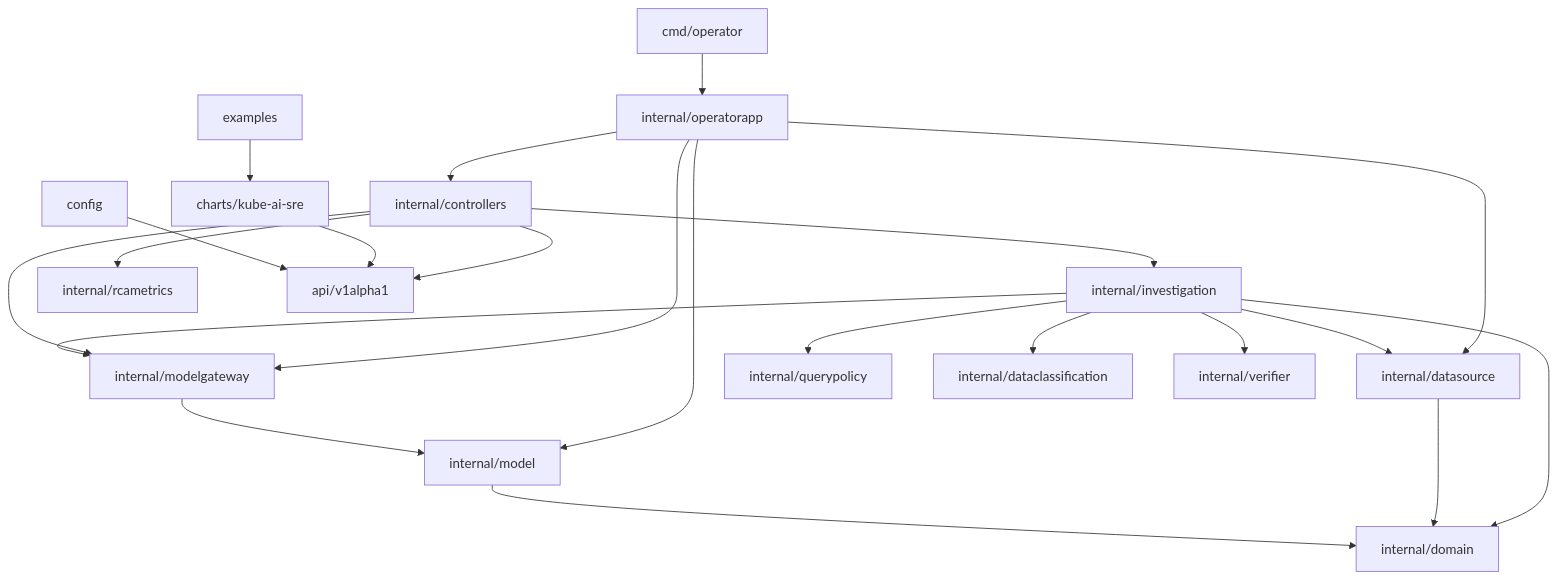
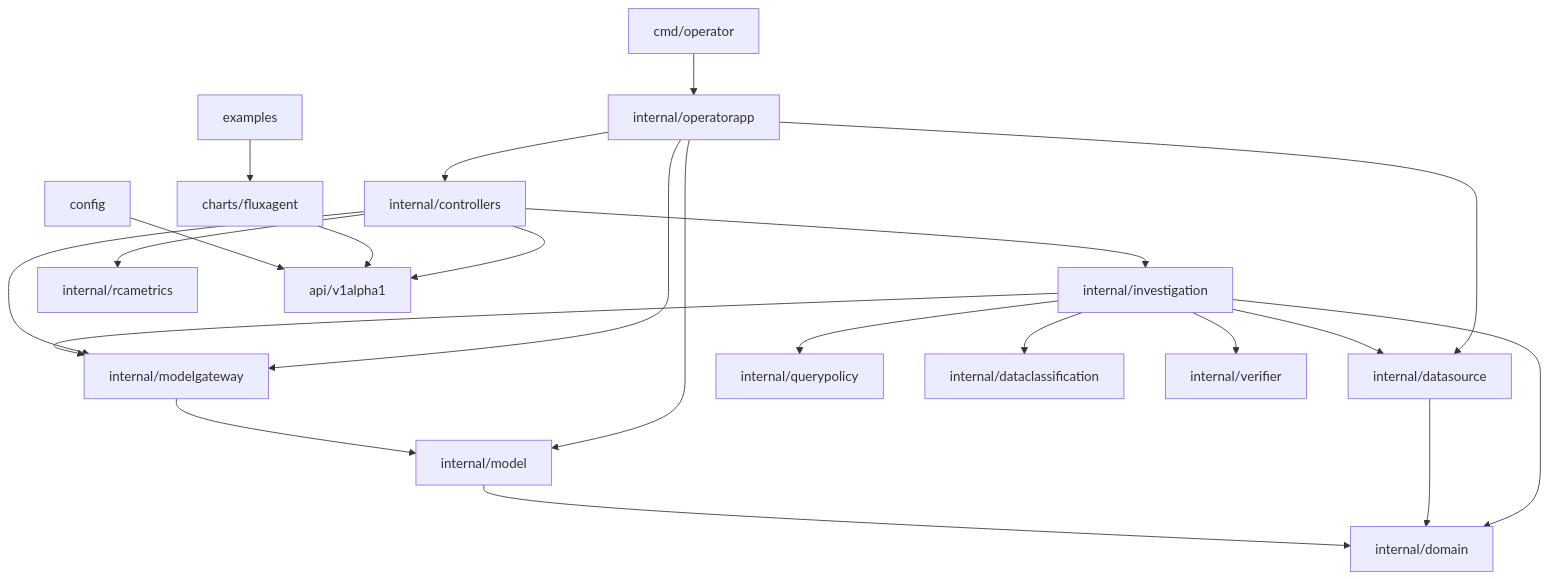
Diagram 18 of 18 in docs/architecture/mermaid-diagrams.md (FluxSeer/fluxseer-rca), drawn with Mermaid before and after one commit. The commit also changed other lines of this file and 32 other files, not shown here.

First line of the commit message:
chore: rename charts/kube-ai-sre to charts/fluxagent

````diff
--- a/docs/architecture/mermaid-diagrams.md
+++ b/docs/architecture/mermaid-diagrams.md
@@ -896,41 +896,41 @@
 ```mermaid
 flowchart TB
     Cmd[cmd/operator]
     App[internal/operatorapp]
     Controllers[internal/controllers]
     Investigation[internal/investigation]
     Datasource[internal/datasource]
     Model[internal/model]
     Gateway[internal/modelgateway]
     Domain[internal/domain]
     QueryPolicy[internal/querypolicy]
     DataClass[internal/dataclassification]
     Verifier[internal/verifier]
     Metrics[internal/rcametrics]
     API[api/v1alpha1]
-    Helm[charts/kube-ai-sre]
+    Helm[charts/fluxagent]
     Config[config]
     Examples[examples]
 
     Cmd --> App
     App --> Controllers
     App --> Datasource
     App --> Model
     App --> Gateway
     Controllers --> API
     Controllers --> Investigation
     Controllers --> Gateway
     Controllers --> Metrics
     Investigation --> Domain
     Investigation --> Datasource
     Investigation --> QueryPolicy
     Investigation --> DataClass
     Investigation --> Gateway
     Investigation --> Verifier
     Datasource --> Domain
     Model --> Domain
     Gateway --> Model
     Helm --> API
     Config --> API
     Examples --> Helm
 ```
````
